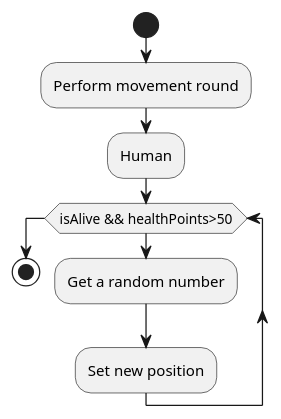
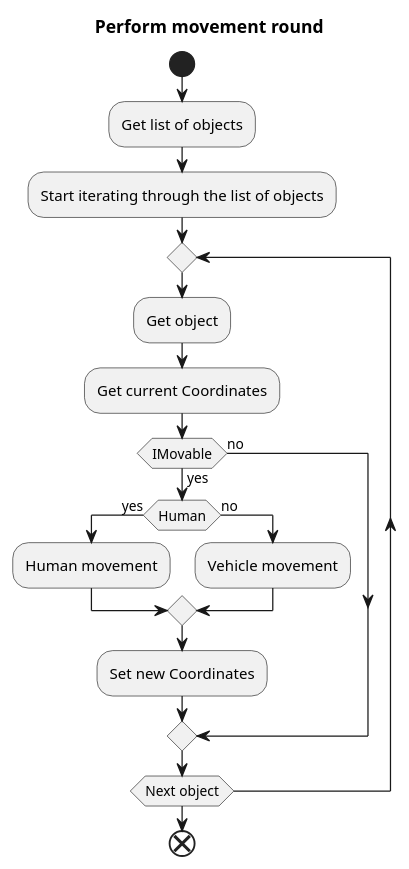
One commit to karolWazny/plague-repo changed the diagram in dokumentacja/Activity_diagram/Movement_diagram/movement_activity_diagram1.plantuml. Above: the diagram before and after it, drawn with PlantUML. The commit also changed 1 other file, not shown here.

Commit message:
Movement

```diff
--- a/dokumentacja/Activity_diagram/Movement_diagram/movement_activity_diagram1.plantuml
+++ b/dokumentacja/Activity_diagram/Movement_diagram/movement_activity_diagram1.plantuml
@@ -1,13 +1,20 @@
-@startuml Movement
+@startuml Perform movement round
+title Perform movement round
 start
-
-:Perform movement round;
-:Human;
-
-while(isAlive && healthPoints>50) 
-:Get a random number;
-:Set new position;
-endwhile
-
-stop
+:Get list of objects;
+:Start iterating through the list of objects;
+repeat
+:Get object;
+:Get current Coordinates;
+if(IMovable) then (yes)
+    if(Human) then (yes)
+        :Human movement;
+    else (no)
+        :Vehicle movement;
+    endif 
+    :Set new Coordinates;
+else (no)
+endif 
+repeat while(Next object);
+end 
 @enduml
```
